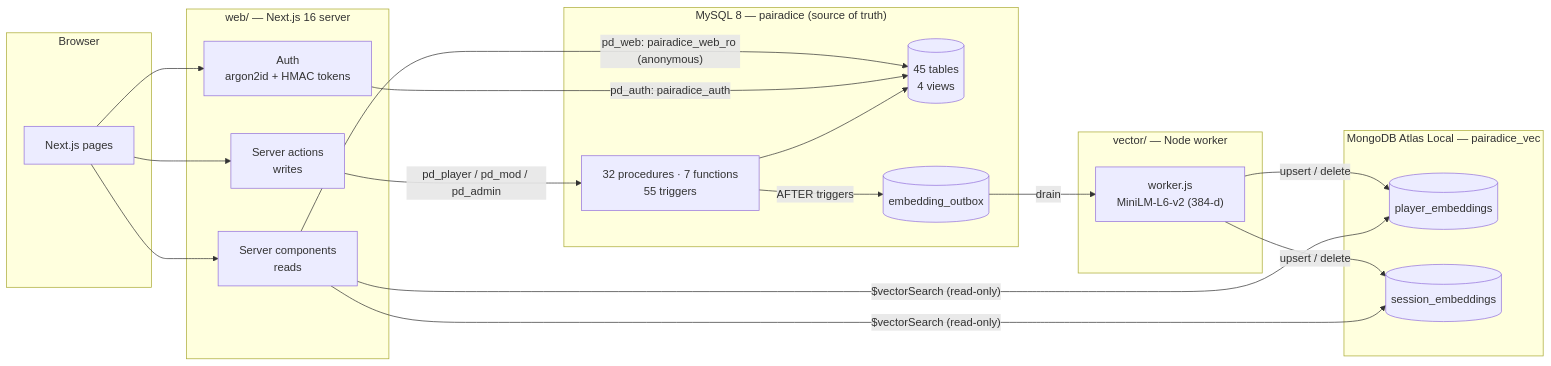
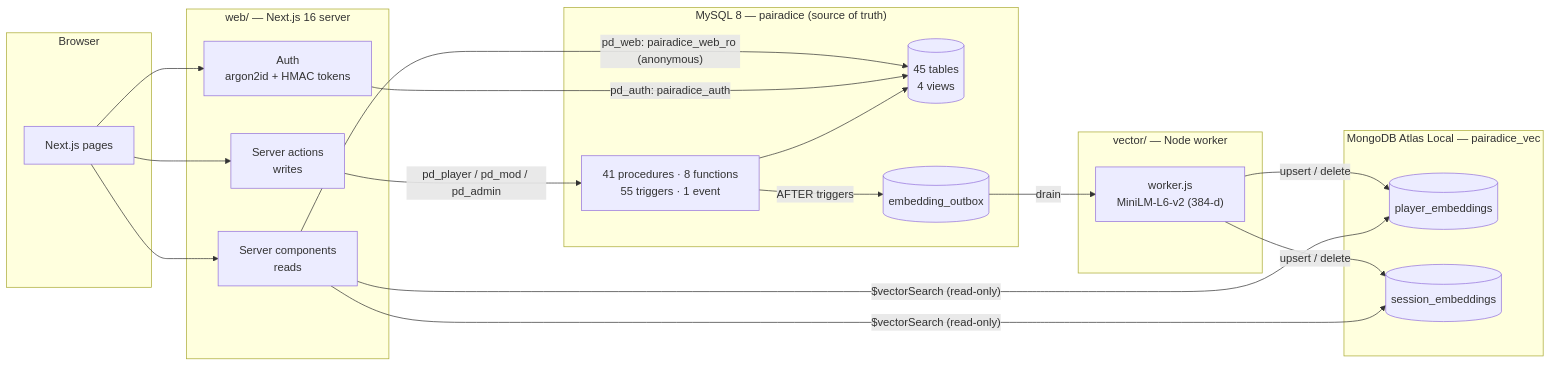
One commit to CloudStone16/Pairadice changed the diagram in README.md. Above: the diagram before and after it, drawn with Mermaid. The commit also changed other lines of this file and 2 other files, not shown here.

````diff
--- a/README.md
+++ b/README.md
@@ -56,37 +59,37 @@
 ```mermaid
 flowchart LR
   subgraph Browser
     UI["Next.js pages"]
   end
 
   subgraph Web["web/ — Next.js 16 server"]
     RSC["Server components<br/>reads"]
     SA["Server actions<br/>writes"]
     AUTH["Auth<br/>argon2id + HMAC tokens"]
   end
 
   subgraph MySQL["MySQL 8 — pairadice (source of truth)"]
     T[("45 tables<br/>4 views")]
-    R["32 procedures · 7 functions<br/>55 triggers"]
+    R["41 procedures · 8 functions<br/>55 triggers · 1 event"]
     OB[("embedding_outbox")]
   end
 
   subgraph Vec["vector/ — Node worker"]
     W["worker.js<br/>MiniLM-L6-v2 (384-d)"]
   end
 
   subgraph Mongo["MongoDB Atlas Local — pairadice_vec"]
     PE[("player_embeddings")]
     SE[("session_embeddings")]
   end
 
   UI --> RSC & SA & AUTH
   RSC -- "pd_web: pairadice_web_ro (anonymous)" --> T
   AUTH -- "pd_auth: pairadice_auth" --> T
   SA -- "pd_player / pd_mod / pd_admin" --> R
   R --> T
   R -- "AFTER triggers" --> OB
   OB -- "drain" --> W
   W -- "upsert / delete" --> PE & SE
   RSC -- "$vectorSearch (read-only)" --> PE & SE
 ```
````
